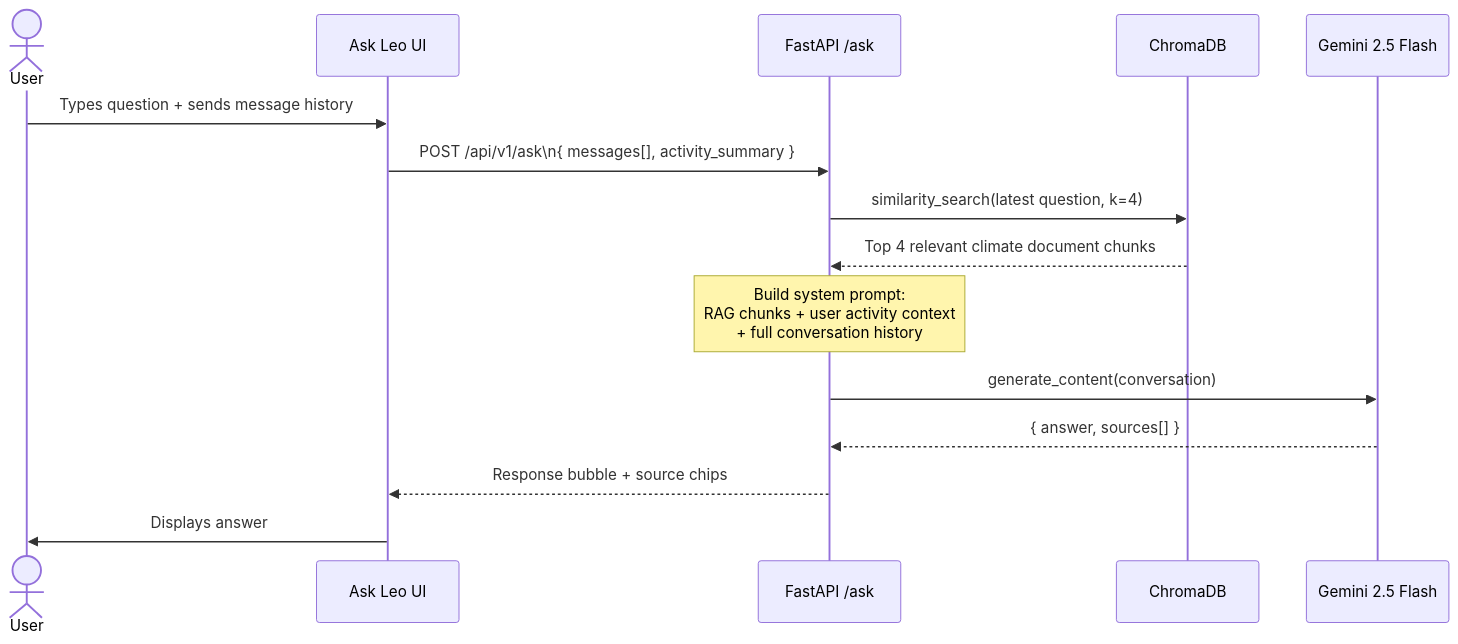
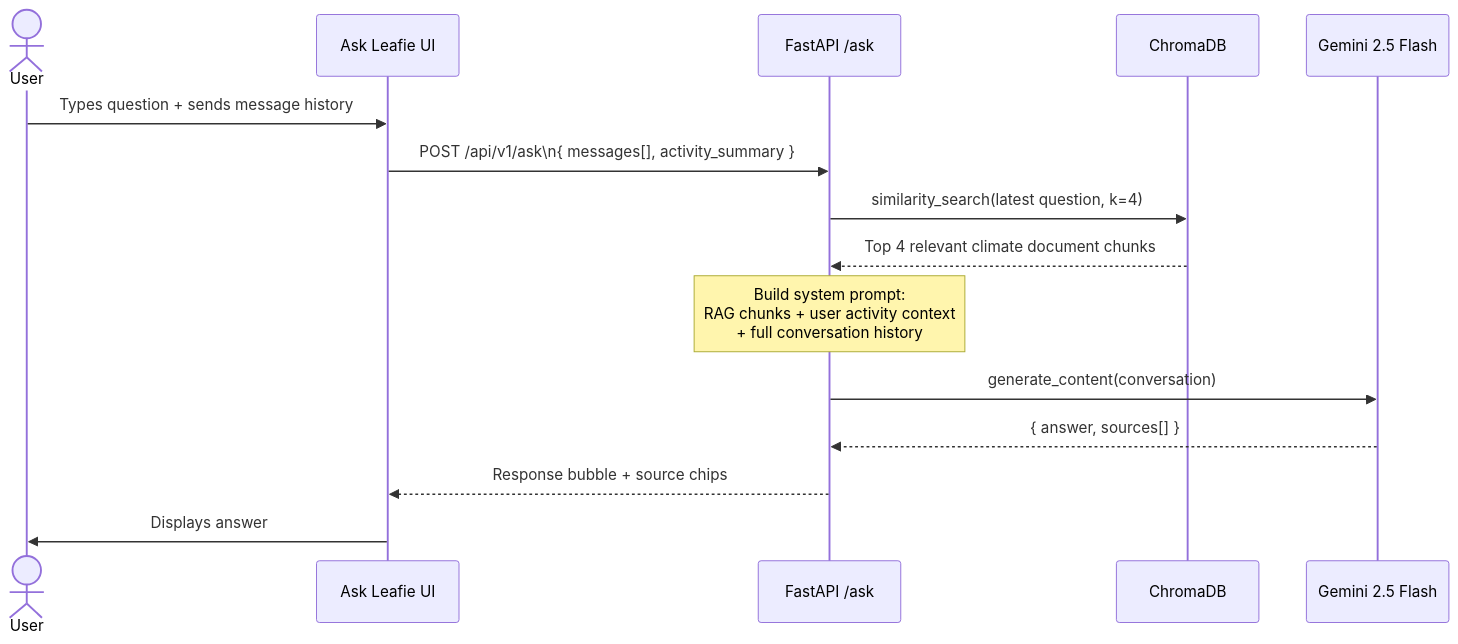
Before and after one commit to vishnusvault/CarbonFootprintProject: the third of 5 diagrams in ARCHITECTURE.md, drawn with Mermaid. The commit also changed other lines of this file and 23 other files, not shown here.

Commit message:
rebrand: CarbonLens → CarbonFactors, Ask Leo → Ask Leafie across all files

````diff
--- a/ARCHITECTURE.md
+++ b/ARCHITECTURE.md
@@ -113,18 +113,18 @@
 ```mermaid
 sequenceDiagram
     actor User
-    participant UI as Ask Leo UI
+    participant UI as Ask Leafie UI
     participant API as FastAPI /ask
     participant DB as ChromaDB
     participant Gemini as Gemini 2.5 Flash
 
     User->>UI: Types question + sends message history
     UI->>API: POST /api/v1/ask\n{ messages[], activity_summary }
     API->>DB: similarity_search(latest question, k=4)
     DB-->>API: Top 4 relevant climate document chunks
     Note over API: Build system prompt:<br/>RAG chunks + user activity context<br/>+ full conversation history
     API->>Gemini: generate_content(conversation)
     Gemini-->>API: { answer, sources[] }
     API-->>UI: Response bubble + source chips
     UI->>User: Displays answer
 ```
````
